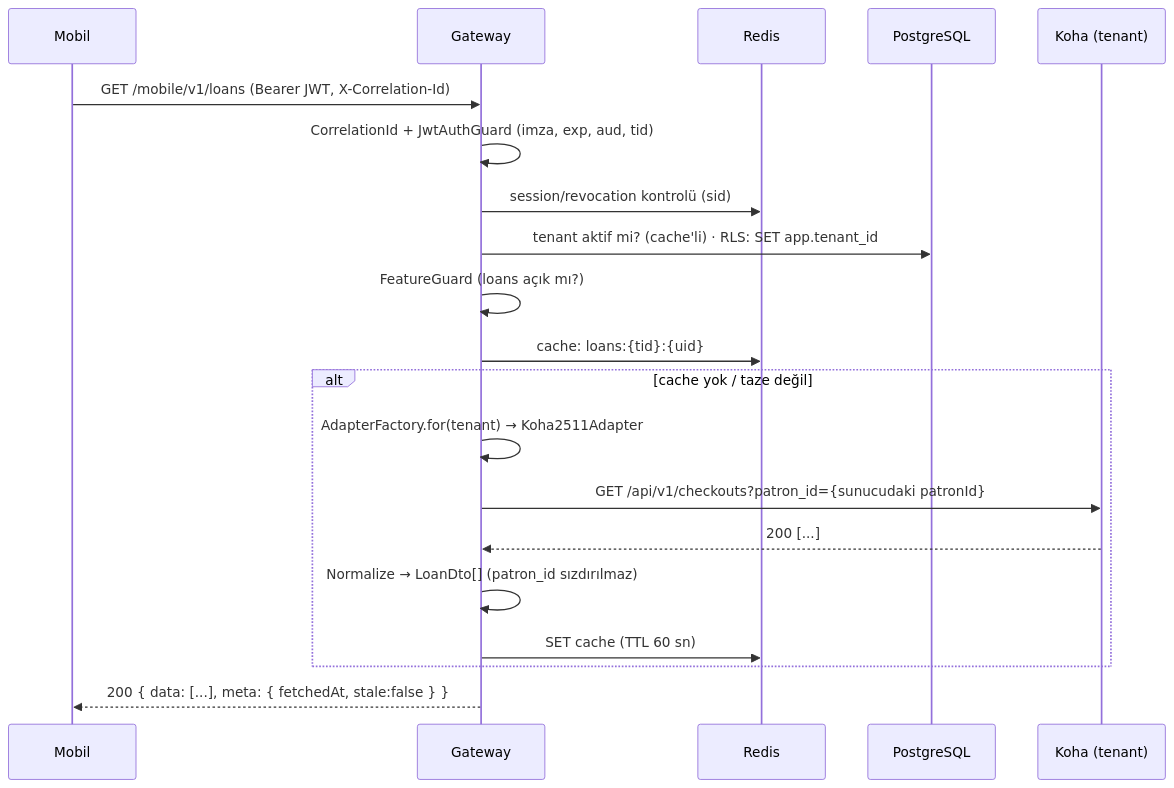
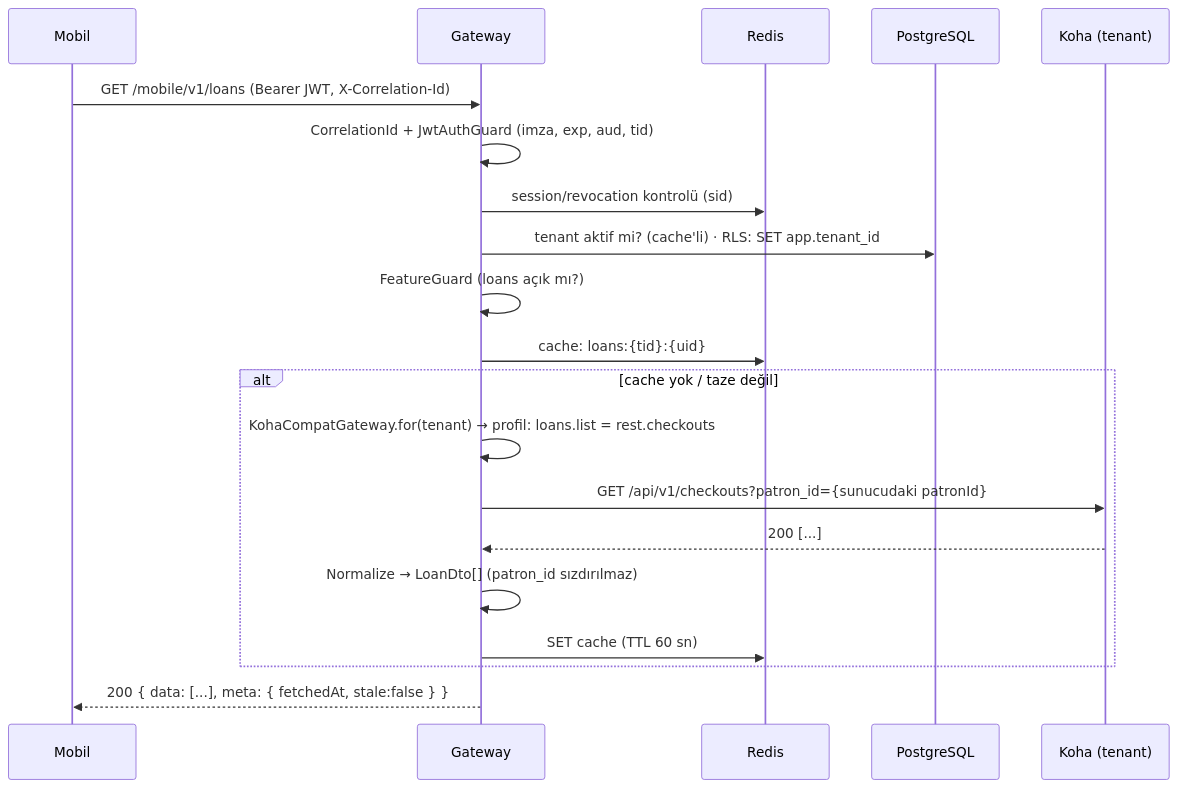
The second of 2 diagrams in docs/ARCHITECTURE.md (mehmetfatruk/kohamobil), drawn with Mermaid before and after one commit. The commit also changed other lines of this file and 6 other files, not shown here.

````diff
--- a/docs/ARCHITECTURE.md
+++ b/docs/ARCHITECTURE.md
@@ -259,22 +259,22 @@
 ```mermaid
 sequenceDiagram
   participant App as Mobil
   participant GW as Gateway
   participant R as Redis
   participant DB as PostgreSQL
   participant K as Koha (tenant)
   App->>GW: GET /mobile/v1/loans (Bearer JWT, X-Correlation-Id)
   GW->>GW: CorrelationId + JwtAuthGuard (imza, exp, aud, tid)
   GW->>R: session/revocation kontrolü (sid)
   GW->>DB: tenant aktif mi? (cache'li) · RLS: SET app.tenant_id
   GW->>GW: FeatureGuard (loans açık mı?)
   GW->>R: cache: loans:{tid}:{uid}
   alt cache yok / taze değil
-    GW->>GW: AdapterFactory.for(tenant) → Koha2511Adapter
+    GW->>GW: KohaCompatGateway.for(tenant) → profil: loans.list = rest.checkouts
     GW->>K: GET /api/v1/checkouts?patron_id={sunucudaki patronId}
     K-->>GW: 200 [...]
     GW->>GW: Normalize → LoanDto[] (patron_id sızdırılmaz)
     GW->>R: SET cache (TTL 60 sn)
   end
   GW-->>App: 200 { data: [...], meta: { fetchedAt, stale:false } }
 ```
````
